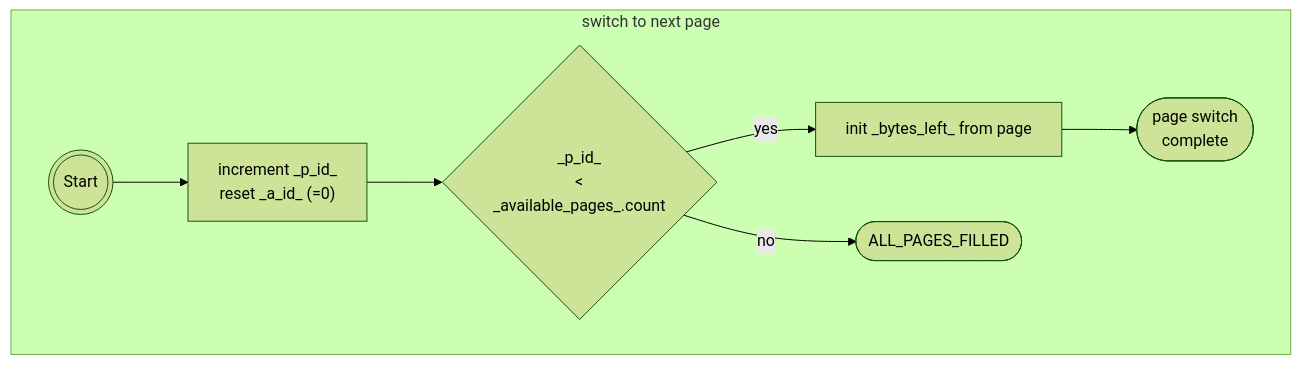
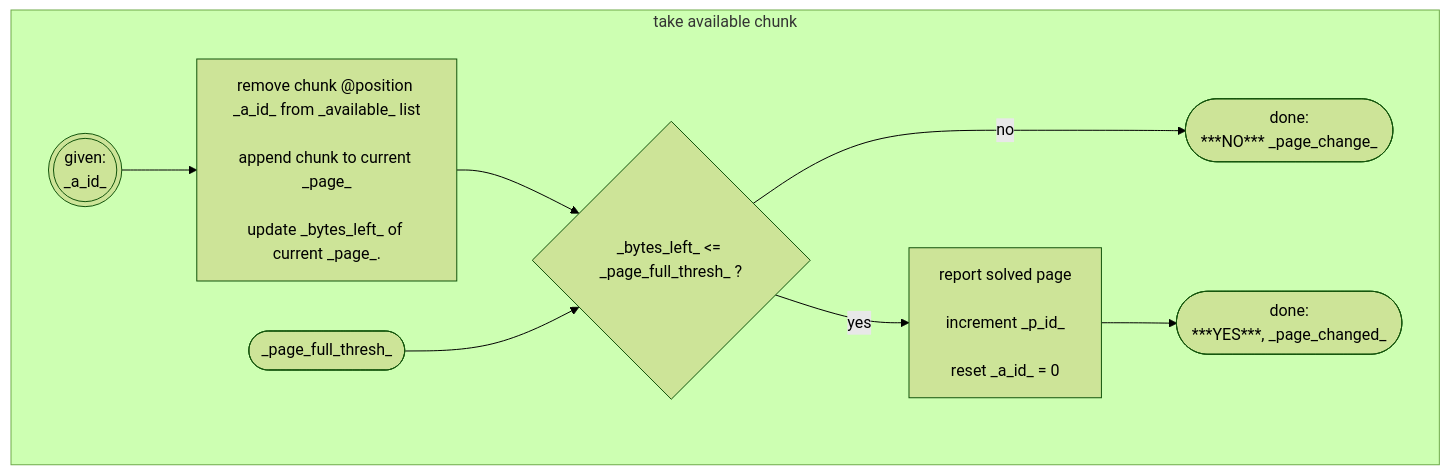
The sixth of 8 diagrams in docs/Algorithm.md (the-Obsessed-Maniacs/ChunkDistributor), drawn with Mermaid (forest theme) before and after one commit. The commit also changed other lines of this file and 2 other files, not shown here.

Commit message:
further documentation, added threshold for "page_full" to algo

````diff
--- a/docs/Algorithm.md
+++ b/docs/Algorithm.md
@@ -154,11 +161,13 @@
 ```mermaid
 flowchart
-	subgraph "switch to next page"
-        sn1(((Start)))-->
-        sn2["increment _p_id_<br/>reset _a_id_ (=0)"]-->
-        snc{"_p_id_<br/> < <br/>_available_pages_.count"};
-        snc-->|yes|sn4["init _bytes_left_ from page"]-->
-        snend(["page switch<br/>complete"])
-        snc-->|no|sn3(["ALL_PAGES_FILLED"])
+	subgraph "take available chunk"
+        tacst((("given:<br/>_a_id_")))-->
+		tac_a["remove chunk @position _a_id_ from _available_ list<br/><br/>append chunk to current _page_<br/><br/>update _bytes_left_ of current _page_."]-->
+		tac_b{"_bytes_left_ <= _page_full_thresh_ ?"}--->
+        |no|tac_end0(["done:<br/>***NO*** _page_change_"])
+        tac_b-->
+        |yes|tac_c["report solved page<br/><br/>increment _p_id_<br/><br/>reset _a_id_ = 0"]-->
+        tac_end1(["done:<br/>***YES***, _page_changed_"])
+        tac_d0(["_page_full_thresh_"])-->tac_b;
 	end
 ```
````
